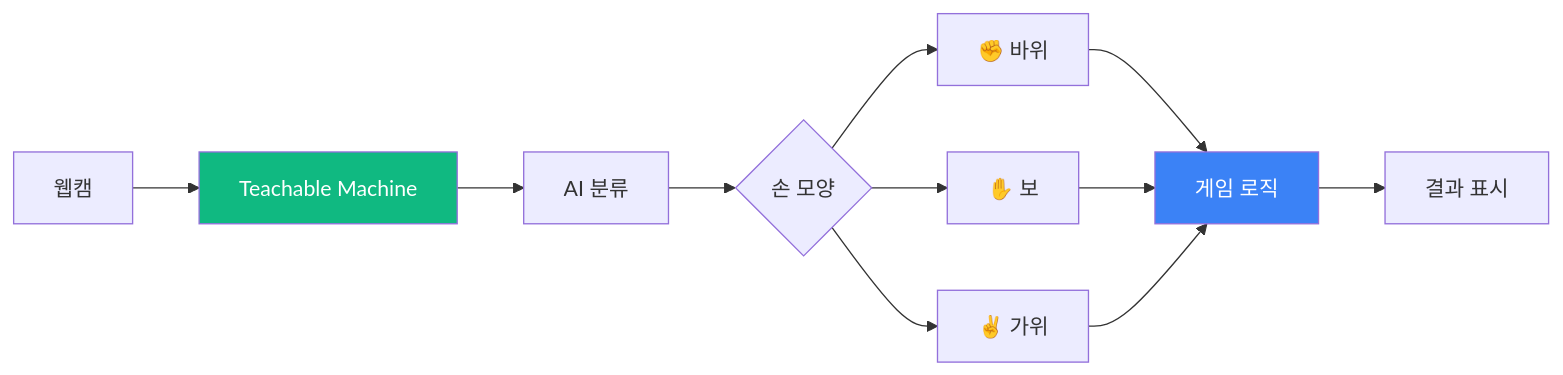
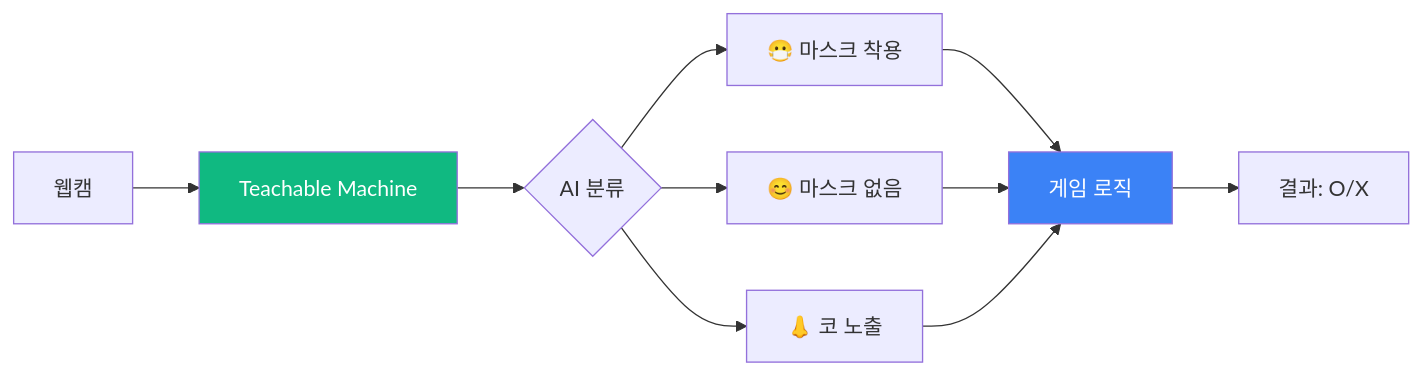
The fifth of 14 diagrams in documents/CURRICULUM/맛보기_블록코딩_AI비전.md (Collegenie-X/AIMakerLab_Web), drawn with Mermaid before and after one commit. The commit also changed other lines of this file and 3 other files, not shown here.

````diff
--- a/documents/CURRICULUM/맛보기_블록코딩_AI비전.md
+++ b/documents/CURRICULUM/맛보기_블록코딩_AI비전.md
@@ -168,16 +238,15 @@
 ```mermaid
 graph LR
     A[웹캠] --> B[Teachable Machine]
-    B --> C[AI 분류]
-    C --> D{손 모양}
-    D --> E[✊ 바위]
-    D --> F[✋ 보]
-    D --> G[✌️ 가위]
-    E --> H[게임 로직]
-    F --> H
-    G --> H
-    H --> I[결과 표시]
+    B --> C{AI 분류}
+    C --> D[😷 마스크 착용]
+    C --> E[😊 마스크 없음]
+    C --> F[👃 코 노출]
+    D --> G[게임 로직]
+    E --> G
+    F --> G
+    G --> H[결과: O/X]
     
     style B fill:#10b981,color:#fff
-    style H fill:#3b82f6,color:#fff
+    style G fill:#3b82f6,color:#fff
 ```
````
